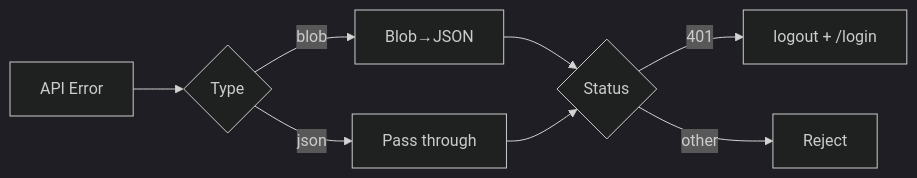
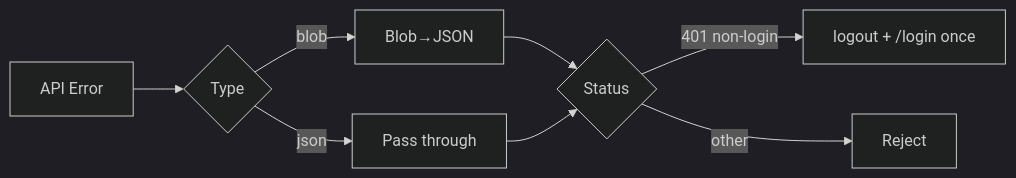
The diagram in docs/system/frontend/api-client.md (haidonglethqb/CloudSchool), drawn with Mermaid (dark theme) before and after one commit. The commit also changed other lines of this file and 21 other files, not shown here.

````diff
--- a/docs/system/frontend/api-client.md
+++ b/docs/system/frontend/api-client.md
@@ -53,10 +66,10 @@
 ```mermaid
 flowchart LR
     A[API Error] --> B{Type}
     B -->|blob| C[Blob→JSON]
     B -->|json| D[Pass through]
     C --> E{Status}
     D --> E
-    E -->|401| F[logout + /login]
+    E -->|401 non-login| F[logout + /login once]
     E -->|other| G[Reject]
 ```
````
